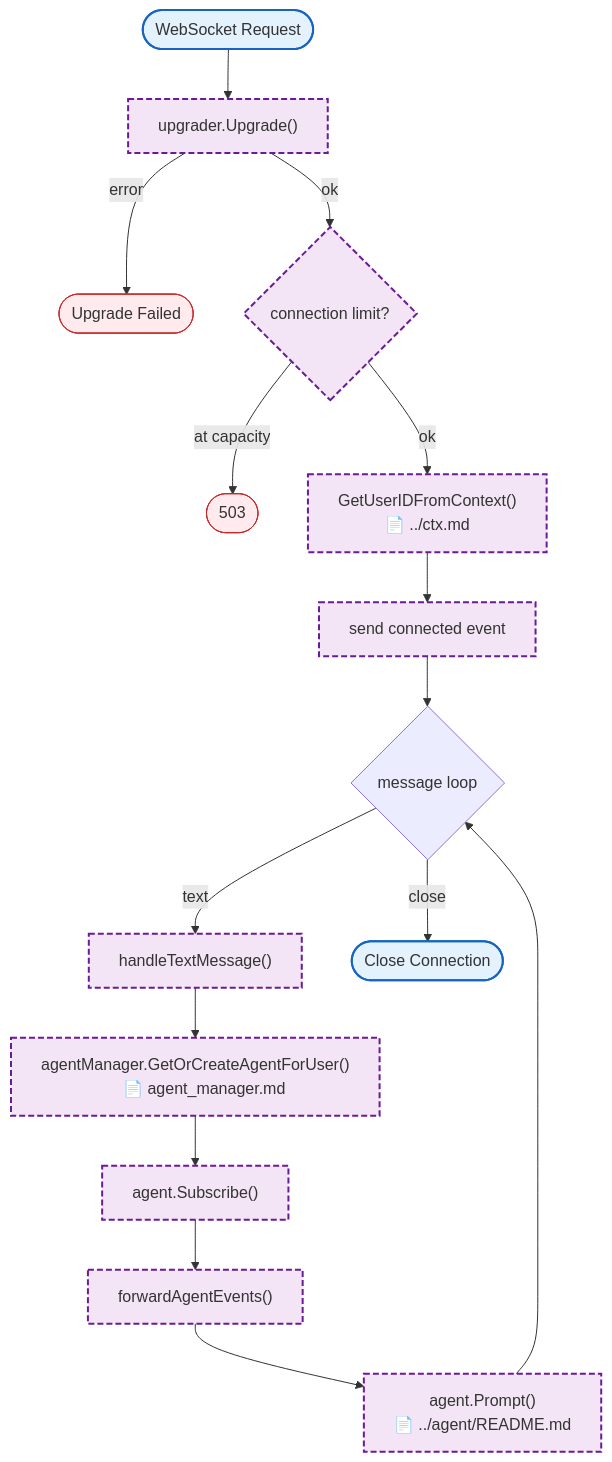
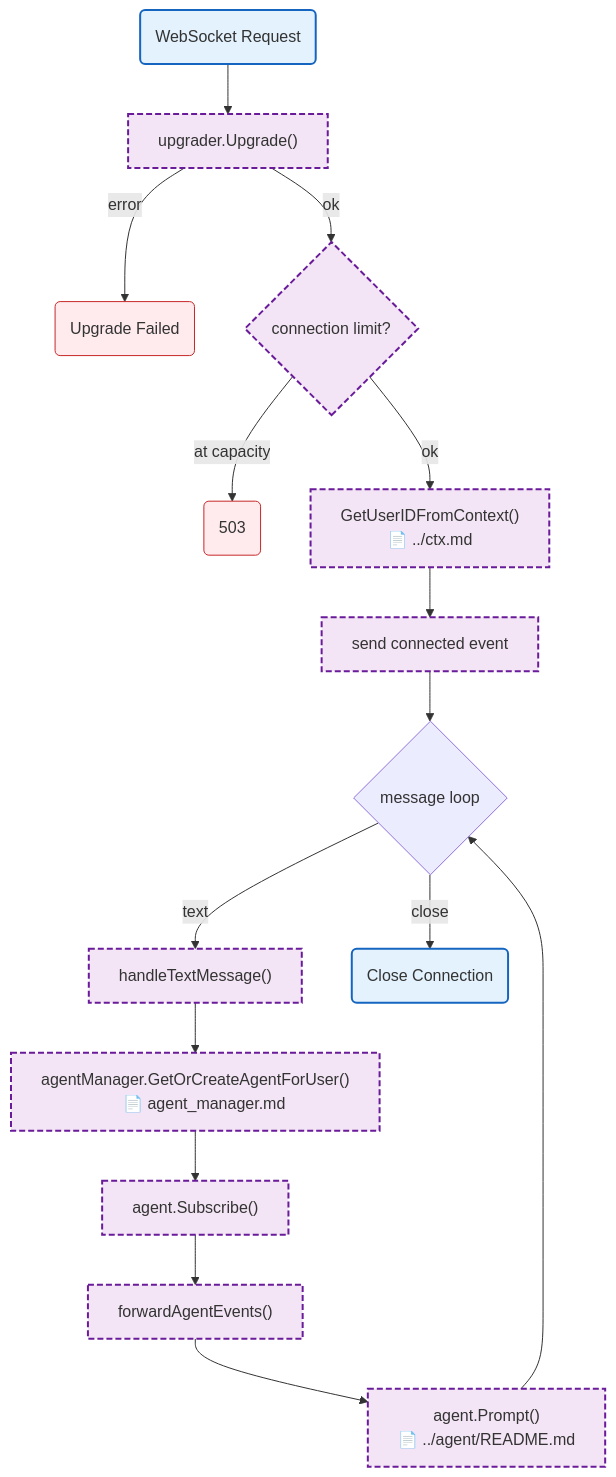
One commit to radch-ai/ava changed the diagram in docs/internal/websocket.md. Above: the diagram before and after it, drawn with Mermaid. The commit also changed 24 other files, not shown here.

First line of the commit message:
fix(docs): fix mermaid syntax errors in all diagrams

````diff
--- a/docs/internal/websocket.md
+++ b/docs/internal/websocket.md
@@ -7,29 +7,29 @@
 ```mermaid
 flowchart TB
-    Start(["WebSocket Request"]) --> Upgrade["upgrader.Upgrade()"]
-    Upgrade -->|error| UpgradeErr([Upgrade Failed])
+    Start("WebSocket Request") --> Upgrade["upgrader.Upgrade()"]
+    Upgrade -->|error| UpgradeErr("Upgrade Failed")
     Upgrade -->|ok| CheckLimit{connection limit?}
-    CheckLimit -->|at capacity| LimitErr([503])
+    CheckLimit -->|at capacity| LimitErr("503")
     CheckLimit -->|ok| GetUserID["GetUserIDFromContext()
     📄 ../ctx.md"]
     GetUserID --> SendConnected["send connected event"]
     SendConnected --> MsgLoop{message loop}
     MsgLoop -->|text| HandleText["handleTextMessage()"]
-    MsgLoop -->|close| Close([Close Connection])
+    MsgLoop -->|close| Close("Close Connection")
     HandleText --> GetAgent["agentManager.GetOrCreateAgentForUser()
     📄 agent_manager.md"]
     GetAgent --> Subscribe["agent.Subscribe()"]
     Subscribe --> ForwardEvents["forwardAgentEvents()"]
     ForwardEvents --> Prompt["agent.Prompt()
     📄 ../agent/README.md"]
     Prompt --> MsgLoop
 
     classDef mainFn fill:#e3f2fd,stroke:#1565c0,stroke-width:2px
     classDef internalFn fill:#f3e5f5,stroke:#6a1b9a,stroke-width:2px,stroke-dasharray:6 3
     classDef localPkgs fill:#fff8e1,stroke:#f9a825,stroke-width:1.5px,stroke-dasharray:4 2
     classDef errorFlow fill:#ffebee,stroke:#c62828,stroke-width:1px
 
     class Start,Close mainFn
     class Upgrade,CheckLimit,GetUserID,SendConnected,HandleText,GetAgent,Subscribe,ForwardEvents,Prompt internalFn
     class UpgradeErr,LimitErr errorFlow
 ```
````
